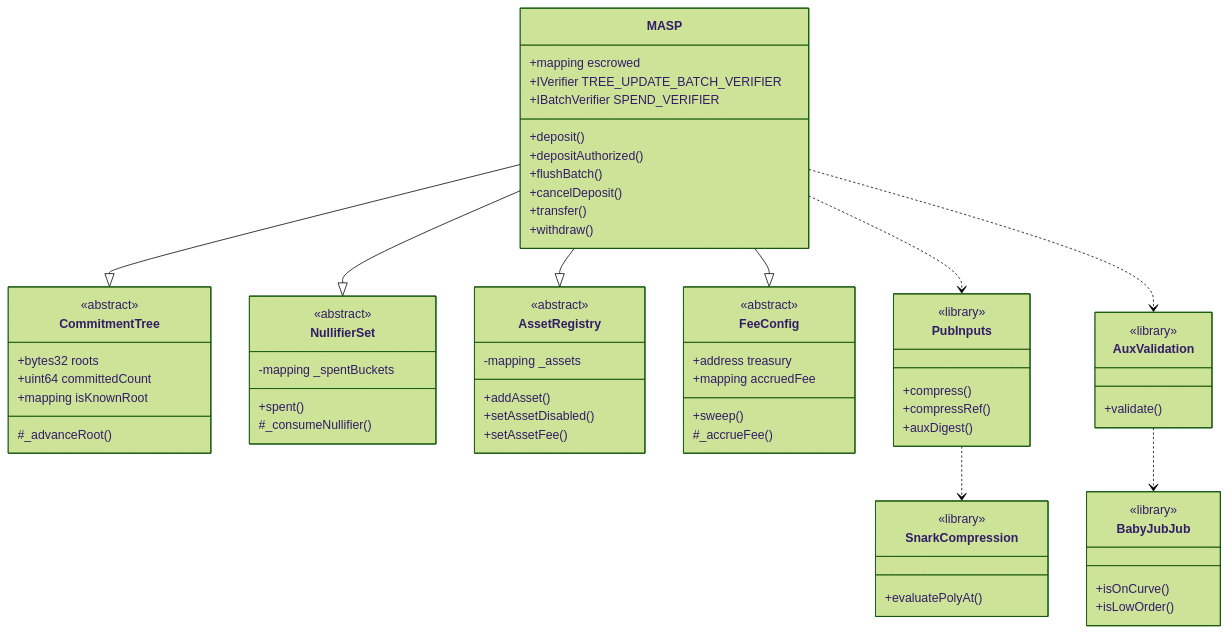
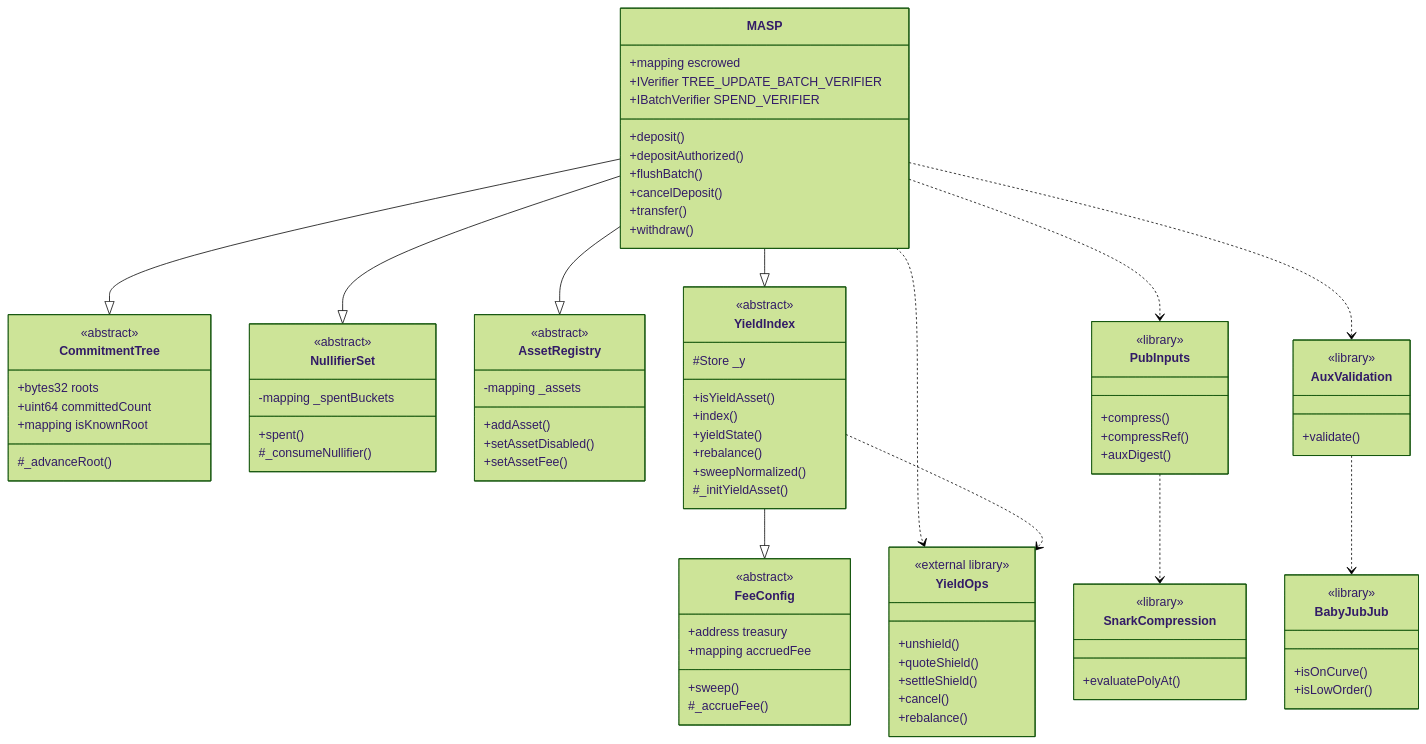
One commit to lelantos-org/contracts changed the second of 11 diagrams in src/README.md. Above: the diagram before and after it, drawn with Mermaid (forest theme). The commit also changed other lines of this file and 126 other files, not shown here.

````diff
--- a/src/README.md
+++ b/src/README.md
@@ -113,6 +114,24 @@
     +sweep()
     #_accrueFee()
   }
+  class YieldIndex {
+    <<abstract>>
+    #Store _y
+    +isYieldAsset()
+    +index()
+    +yieldState()
+    +rebalance()
+    +sweepNormalized()
+    #_initYieldAsset()
+  }
+  class YieldOps {
+    <<external library>>
+    +unshield()
+    +quoteShield()
+    +settleShield()
+    +cancel()
+    +rebalance()
+  }
   class PubInputs {
     <<library>>
     +compress()
@@ -136,9 +155,12 @@
   MASP --|> CommitmentTree
   MASP --|> NullifierSet
   MASP --|> AssetRegistry
-  MASP --|> FeeConfig
+  MASP --|> YieldIndex
+  YieldIndex --|> FeeConfig
   MASP ..> PubInputs
   MASP ..> AuxValidation
+  MASP ..> YieldOps
+  YieldIndex ..> YieldOps
   PubInputs ..> SnarkCompression
   AuxValidation ..> BabyJubJub
 ```
````
